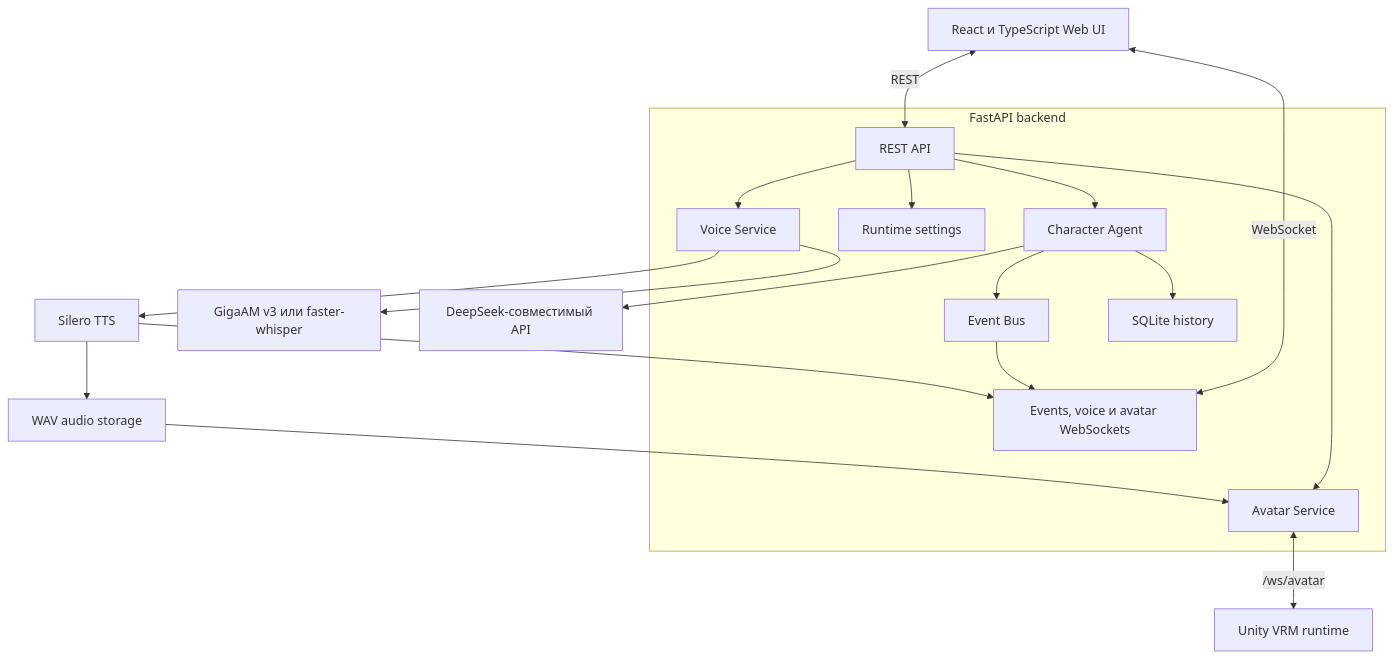
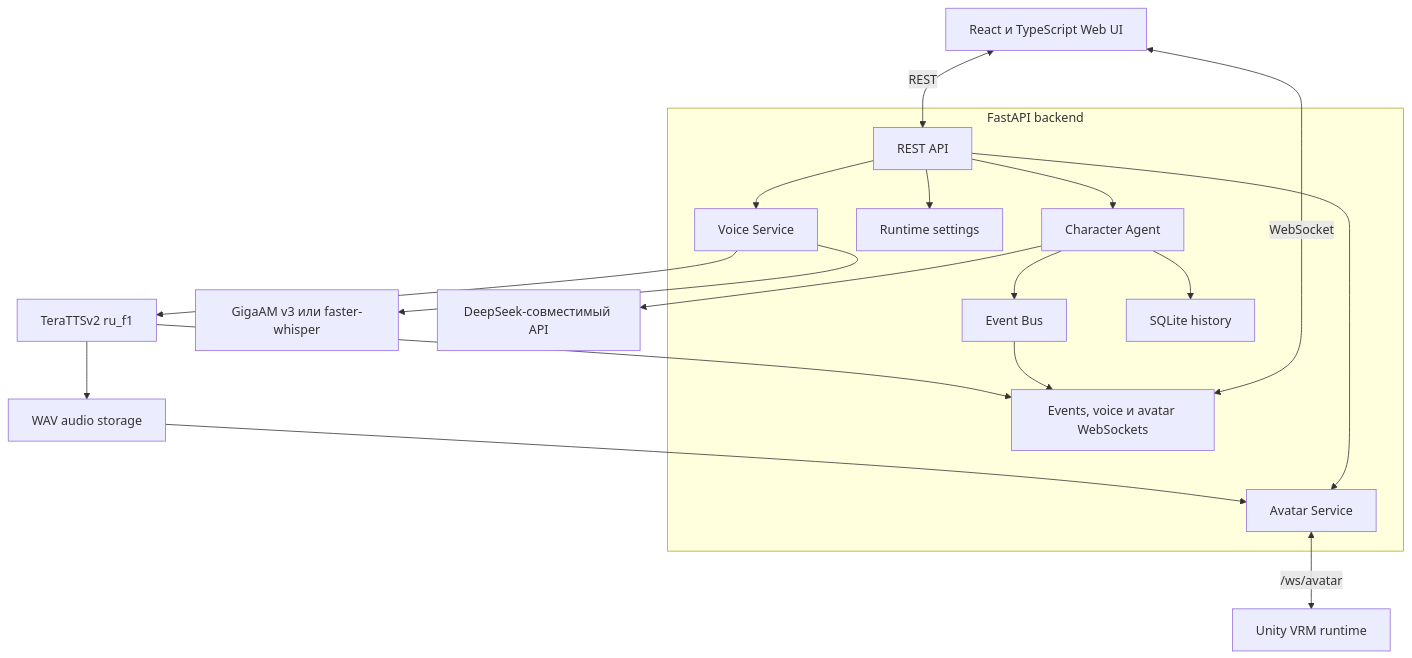
One commit to bad1and/NeuroAsist changed the second of 2 diagrams in README.ru.md. Above: the diagram before and after it, drawn with Mermaid. The commit also changed other lines of this file and 50 other files, not shown here.

First line of the commit message:
Заменил Silero TTS на TeraTTSv2

````diff
--- a/README.ru.md
+++ b/README.ru.md
@@ -387,38 +388,38 @@
 ```mermaid
 flowchart TB
     UI[React и TypeScript Web UI]
 
     subgraph Backend[FastAPI backend]
         API[REST API]
         WS[Events, voice и avatar WebSockets]
         Agent[Character Agent]
         Runtime[Runtime settings]
         Events[Event Bus]
         Voice[Voice Service]
         Avatar[Avatar Service]
         History[SQLite history]
     end
 
     STT[GigaAM v3 или faster-whisper]
     LLM[DeepSeek-совместимый API]
-    TTS[Silero TTS]
+    TTS[TeraTTSv2 ru_f1]
     Audio[WAV audio storage]
     Unity[Unity VRM runtime]
 
     UI <-->|REST| API
     UI <-->|WebSocket| WS
     API --> Agent
     API --> Voice
     API --> Runtime
     API --> Avatar
     Agent --> History
     Agent --> LLM
     Agent --> Events
     Voice --> STT
     Voice --> TTS
     TTS --> Audio
     Audio --> Avatar
     Avatar <-->|/ws/avatar| Unity
     Events --> WS
     TTS --> WS
 ```
````
